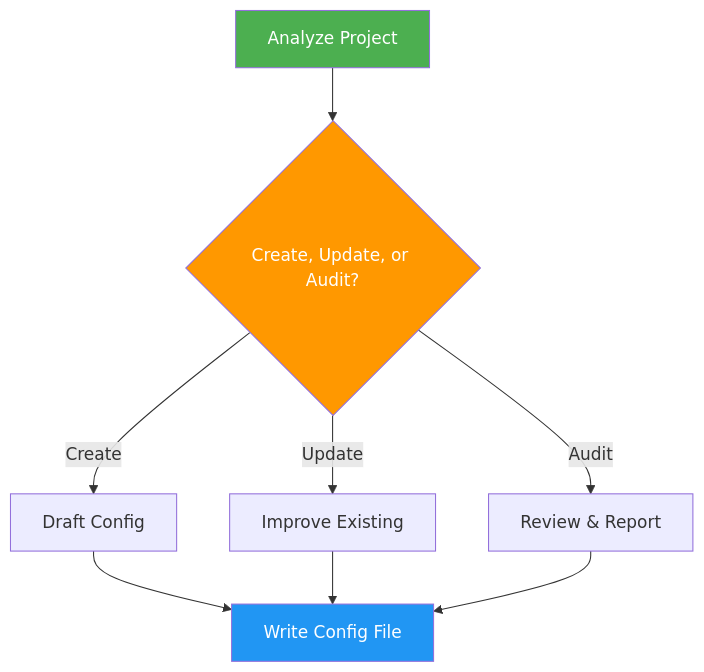
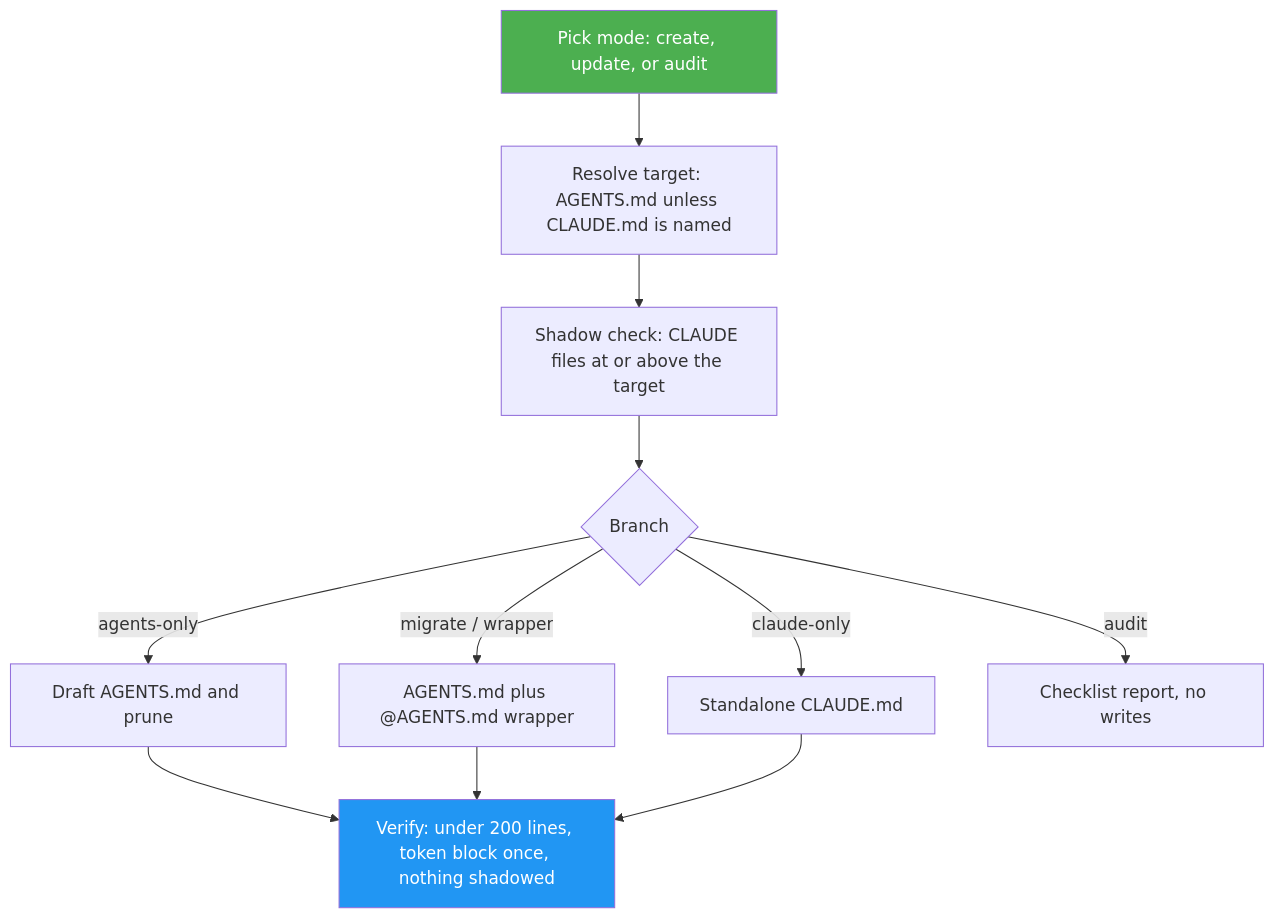
One commit to luongnv89/skills changed the diagram in skills/agent-config/docs/README.md. Above: the diagram before and after it, drawn with Mermaid. The commit also changed other lines of this file and 17 other files, not shown here.

First line of the commit message:
feat(agent-config): default to AGENTS.md now that Claude Code reads it natively (#283)

````diff
--- a/skills/agent-config/docs/README.md
+++ b/skills/agent-config/docs/README.md
@@ -32,13 +32,15 @@
 ```mermaid
 graph TD
-    A["Analyze Project"] --> B{"Create, Update, or Audit?"}
-    B -->|Create| C["Draft Config"]
-    B -->|Update| D["Improve Existing"]
-    B -->|Audit| E["Review & Report"]
-    C --> F["Write Config File"]
-    D --> F
-    E --> F
+    A["Pick mode: create, update, or audit"] --> B["Resolve target: AGENTS.md unless CLAUDE.md is named"]
+    B --> C["Shadow check: CLAUDE files at or above the target"]
+    C --> D{"Branch"}
+    D -->|agents-only| E["Draft AGENTS.md and prune"]
+    D -->|migrate / wrapper| F["AGENTS.md plus @AGENTS.md wrapper"]
+    D -->|claude-only| G["Standalone CLAUDE.md"]
+    D -->|audit| H["Checklist report, no writes"]
+    E --> I["Verify: under 200 lines, token block once, nothing shadowed"]
+    F --> I
+    G --> I
     style A fill:#4CAF50,color:#fff
-    style B fill:#FF9800,color:#fff
-    style F fill:#2196F3,color:#fff
+    style I fill:#2196F3,color:#fff
 ```
````
